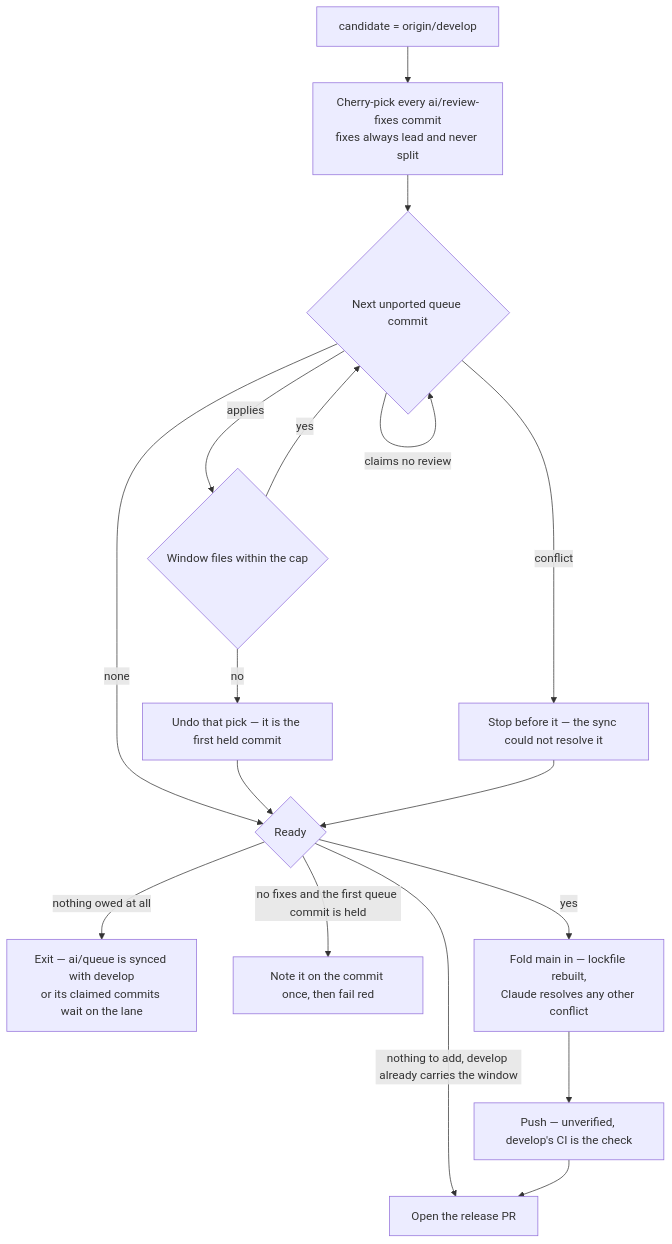
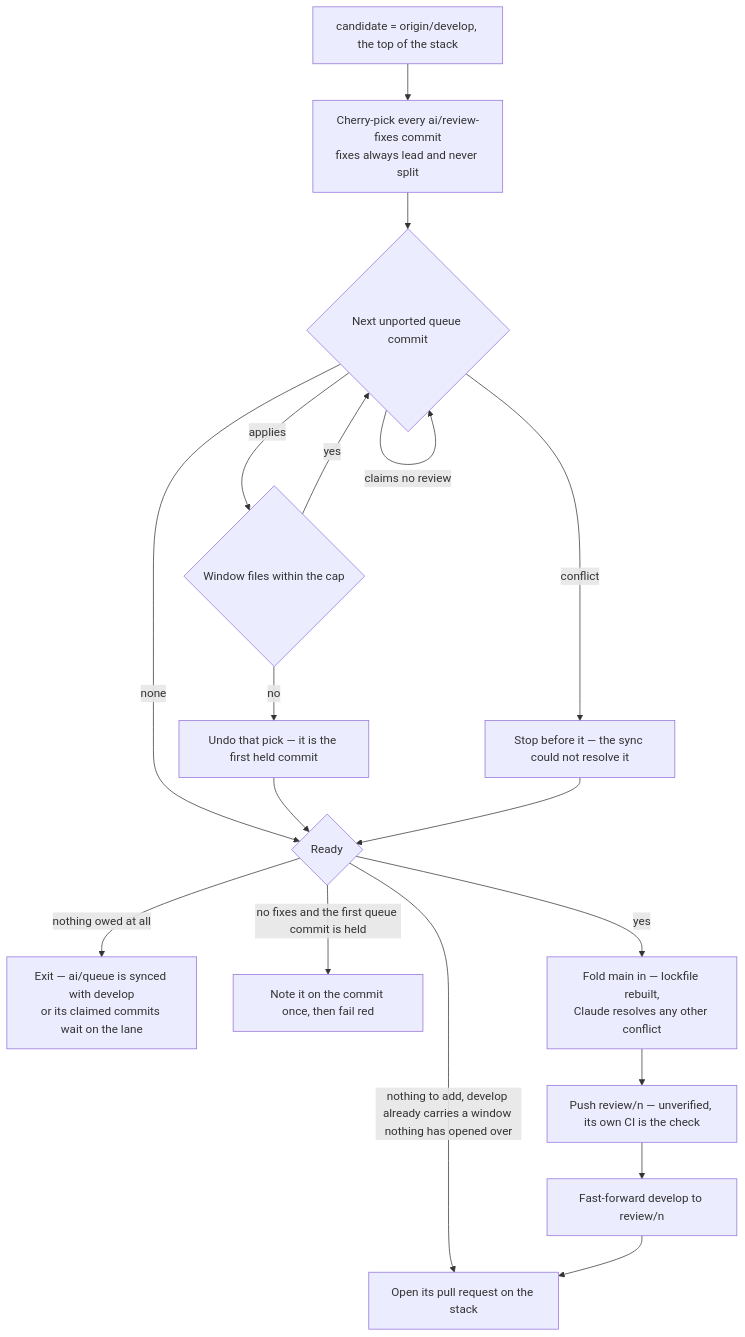
Before and after one commit to Esposter/Esposter: the third of 3 diagrams in apps/web/content/docs/infra/review-collector/collection-cycle.md, drawn with Mermaid. The commit also changed other lines of this file and 10 other files, not shown here.

First line of the commit message:
docs(collector): the windows stack as review/<n> pull requests merged bottom up, with the stacking guard and the drain's foreground haiku fixers

````diff
--- a/apps/web/content/docs/infra/review-collector/collection-cycle.md
+++ b/apps/web/content/docs/infra/review-collector/collection-cycle.md
@@ -100,18 +108,18 @@
 ```mermaid
 flowchart TD
-  C[candidate = origin/develop] --> FX[Cherry-pick every ai/review-fixes commit<br/>fixes always lead and never split]
+  C[candidate = origin/develop, the top of the stack] --> FX[Cherry-pick every ai/review-fixes commit<br/>fixes always lead and never split]
   FX --> Q{Next unported queue commit}
   Q -->|claims no review| Q
   Q -->|none| RD
   Q -->|conflict| H[Stop before it — the sync could not resolve it]
   Q -->|applies| M{Window files within the cap}
   M -->|yes| Q
   M -->|no| U[Undo that pick — it is the first held commit]
   U --> RD
   H --> RD{Ready}
   RD -->|nothing owed at all| N[Exit — ai/queue is synced with develop<br/>or its claimed commits wait on the lane]
   RD -->|no fixes and the first queue commit is held| F[Note it on the commit once, then fail red]
-  RD -->|nothing to add, develop already carries the window| OP[Open the release PR]
-  RD -->|yes| FM[Fold main in — lockfile rebuilt,<br/>Claude resolves any other conflict] --> P[Push — unverified, develop's CI is the check]
-  P --> OP
+  RD -->|nothing to add, develop already carries a window nothing has opened over| OP[Open its pull request on the stack]
+  RD -->|yes| FM[Fold main in — lockfile rebuilt,<br/>Claude resolves any other conflict] --> P[Push review/n — unverified, its own CI is the check]
+  P --> FF[Fast-forward develop to review/n] --> OP
 ```
````
